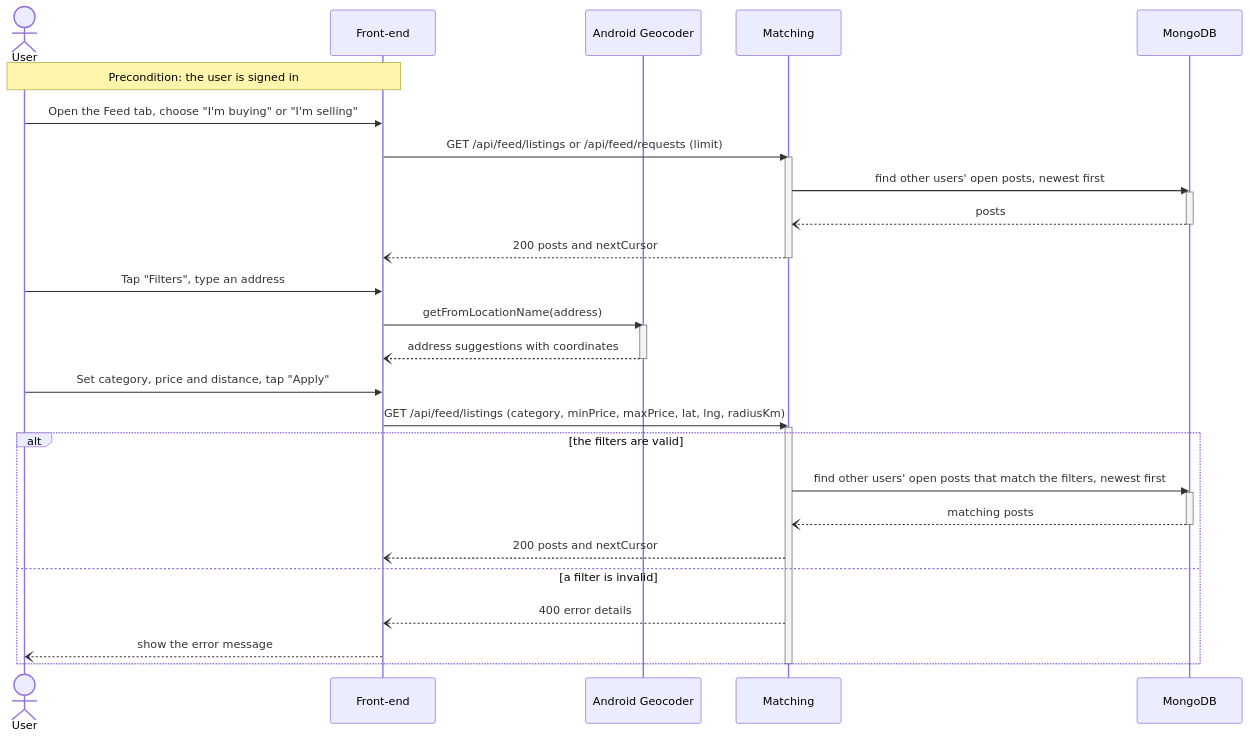
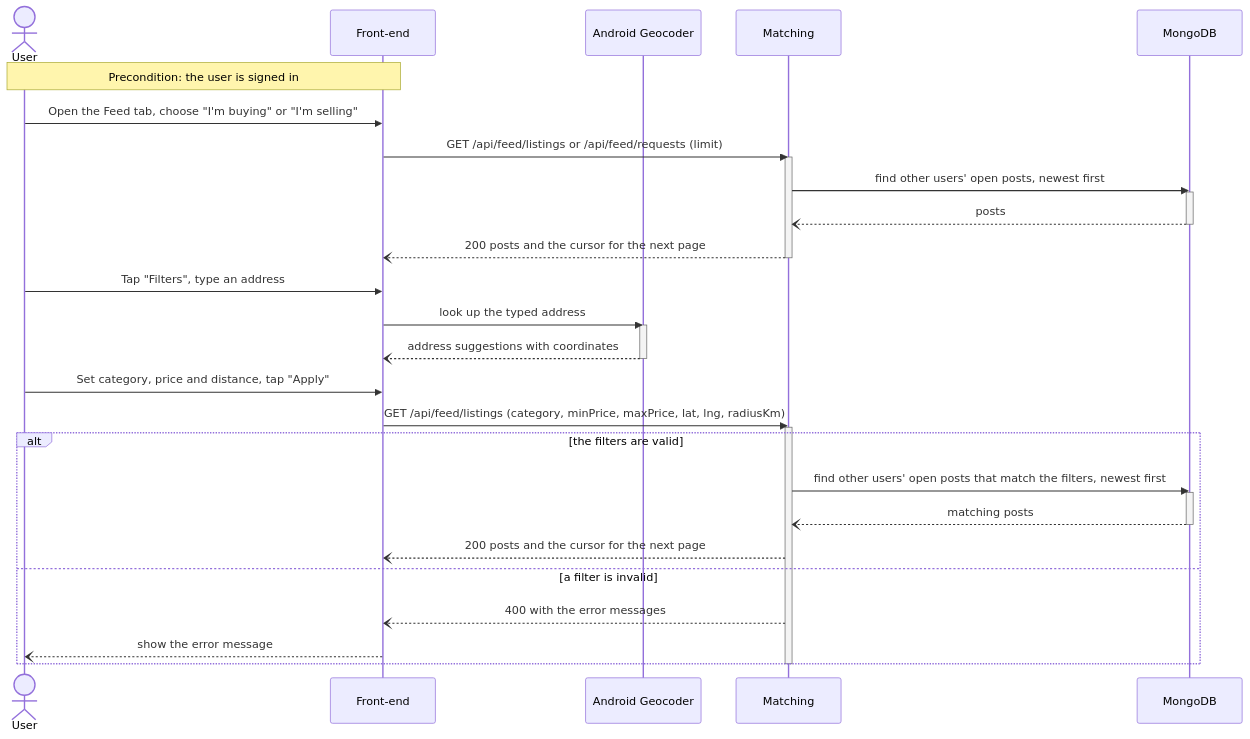
Before and after one commit to m1lun/m1skeletonProject: the sixth of 6 diagrams in documentation/Requirements_and_Design.md, drawn with Mermaid. The commit also changed other lines of this file, not shown here.

Commit message:
docs: describe undefined terms in the sequence diagrams in words

````diff
--- a/documentation/Requirements_and_Design.md
+++ b/documentation/Requirements_and_Design.md
@@ -628,37 +628,37 @@
 ```mermaid
 sequenceDiagram
     actor U as User
     participant FE as Front-end
     participant GEO as Android Geocoder
     participant M as Matching
     participant DB as MongoDB
     Note over U,FE: Precondition: the user is signed in
     U->>FE: Open the Feed tab, choose "I'm buying" or "I'm selling"
     FE->>M: GET /api/feed/listings or /api/feed/requests (limit)
     activate M
     M->>DB: find other users' open posts, newest first
     activate DB
     DB--)M: posts
     deactivate DB
-    M--)FE: 200 posts and nextCursor
+    M--)FE: 200 posts and the cursor for the next page
     deactivate M
     U->>FE: Tap "Filters", type an address
-    FE->>GEO: getFromLocationName(address)
+    FE->>GEO: look up the typed address
     activate GEO
     GEO--)FE: address suggestions with coordinates
     deactivate GEO
     U->>FE: Set category, price and distance, tap "Apply"
     FE->>M: GET /api/feed/listings (category, minPrice, maxPrice, lat, lng, radiusKm)
     activate M
     alt the filters are valid
         M->>DB: find other users' open posts that match the filters, newest first
         activate DB
         DB--)M: matching posts
         deactivate DB
-        M--)FE: 200 posts and nextCursor
+        M--)FE: 200 posts and the cursor for the next page
     else a filter is invalid
-        M--)FE: 400 error details
+        M--)FE: 400 with the error messages
         FE--)U: show the error message
     end
     deactivate M
 ```
````
